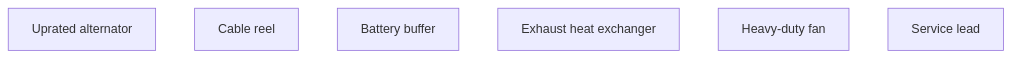
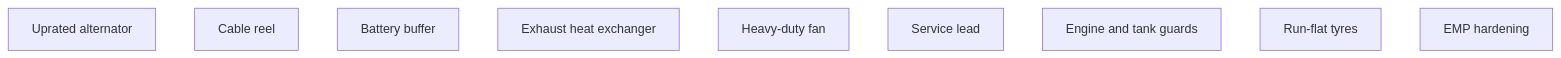
The second of 2 diagrams in docs/development/vehicle-generator-set.md (phobos-dthorga/phobos-rimworld), drawn with Mermaid before and after one commit. The commit also changed 42 other files, not shown here.

````diff
--- a/docs/development/vehicle-generator-set.md
+++ b/docs/development/vehicle-generator-set.md
@@ -228,9 +228,12 @@
 ```mermaid
 flowchart TB
   BiggerAlternator["Uprated alternator"]
   CableReel["Cable reel"]
   BatteryBuffer["Battery buffer"]
   HeatRecovery["Exhaust heat exchanger"]
   HeavyFan["Heavy-duty fan"]
   PhobosServiceLead["Service lead"]
+  PhobosEngineGuards["Engine and tank guards"]
+  PhobosRunFlatTyres["Run-flat tyres"]
+  PhobosEmpHardening["EMP hardening"]
 ```
````
